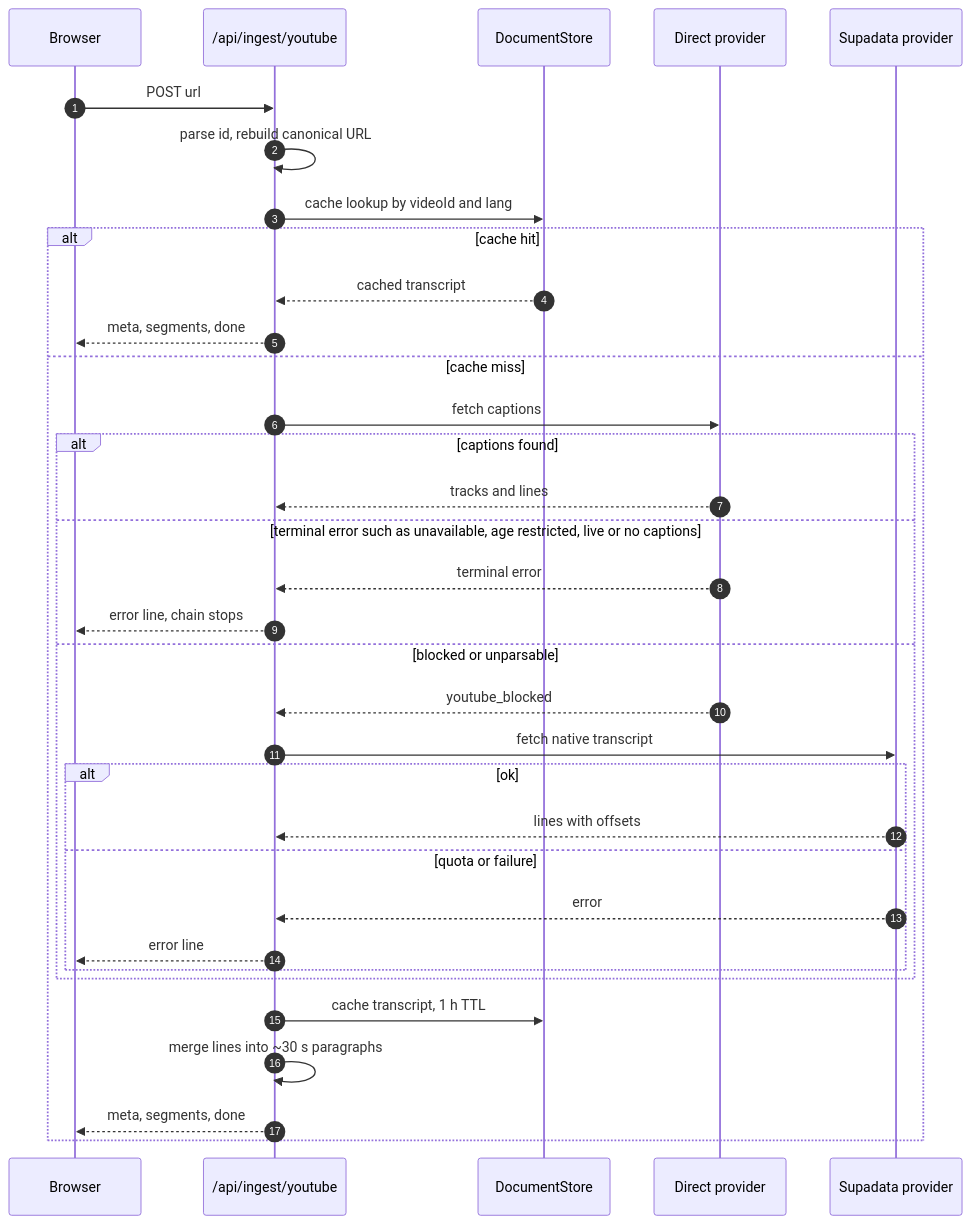
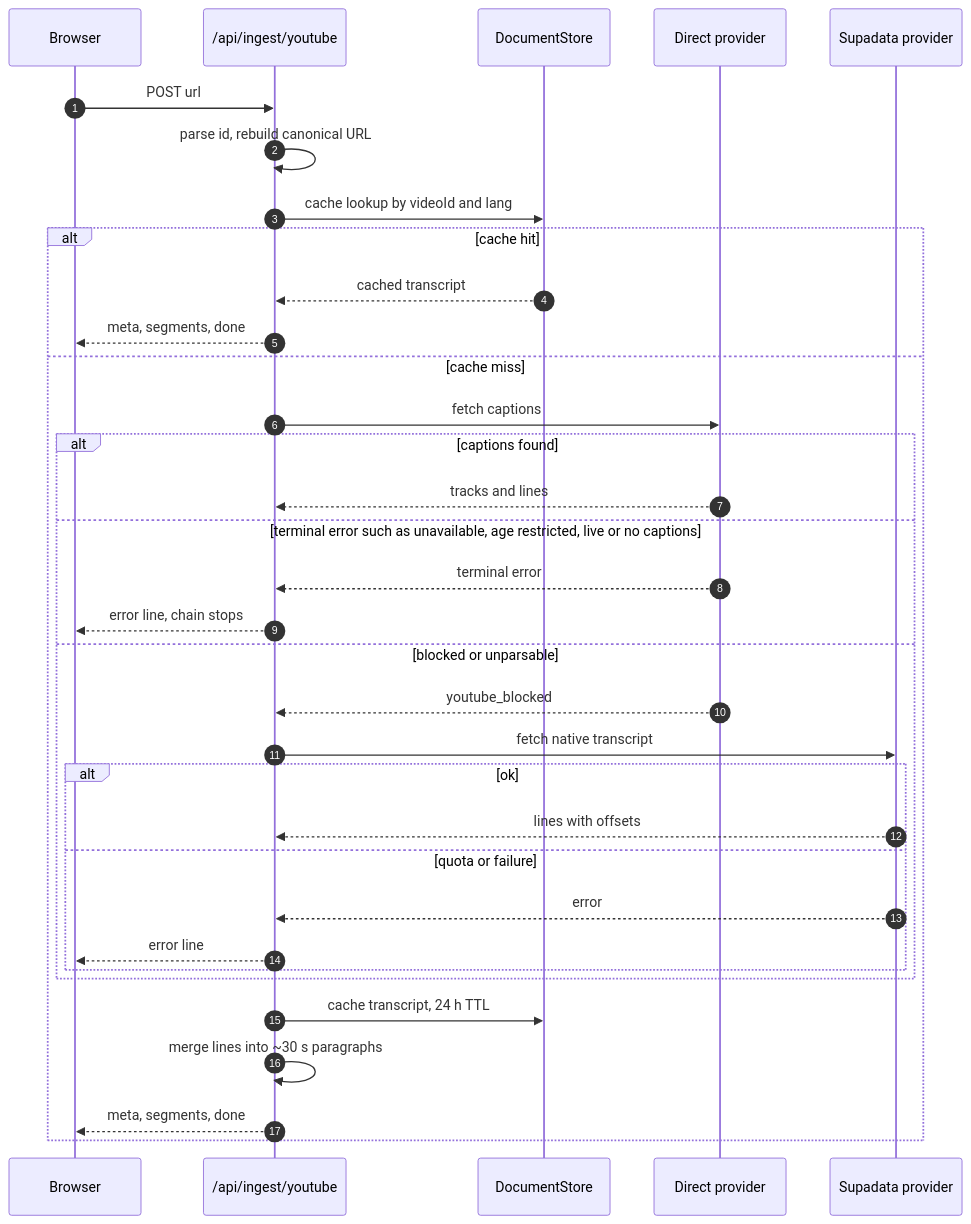
Before and after one commit to Otm02/talk-to-doc: the second of 5 diagrams in docs/ARCHITECTURE.md, drawn with Mermaid. The commit also changed other lines of this file and 98 other files, not shown here.

````diff
--- a/docs/ARCHITECTURE.md
+++ b/docs/ARCHITECTURE.md
@@ -196,36 +212,36 @@
 ```mermaid
 sequenceDiagram
     autonumber
     participant B as Browser
     participant YT as /api/ingest/youtube
     participant DS as DocumentStore
     participant D as Direct provider
     participant S as Supadata provider
     B->>YT: POST url
     YT->>YT: parse id, rebuild canonical URL
     YT->>DS: cache lookup by videoId and lang
     alt cache hit
         DS-->>YT: cached transcript
         YT-->>B: meta, segments, done
     else cache miss
         YT->>D: fetch captions
         alt captions found
             D-->>YT: tracks and lines
         else terminal error such as unavailable, age restricted, live or no captions
             D-->>YT: terminal error
             YT-->>B: error line, chain stops
         else blocked or unparsable
             D-->>YT: youtube_blocked
             YT->>S: fetch native transcript
             alt ok
                 S-->>YT: lines with offsets
             else quota or failure
                 S-->>YT: error
                 YT-->>B: error line
             end
         end
-        YT->>DS: cache transcript, 1 h TTL
+        YT->>DS: cache transcript, 24 h TTL
         YT->>YT: merge lines into ~30 s paragraphs
         YT-->>B: meta, segments, done
     end
 ```
````
